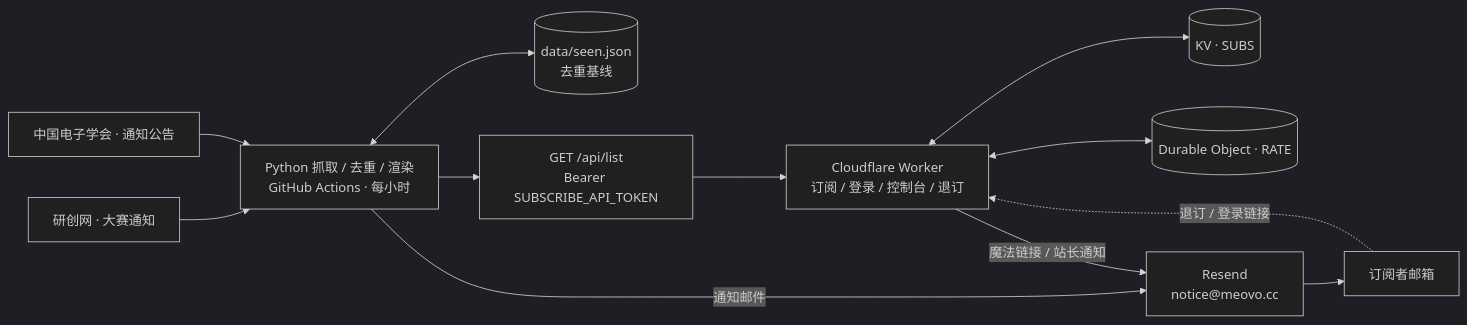
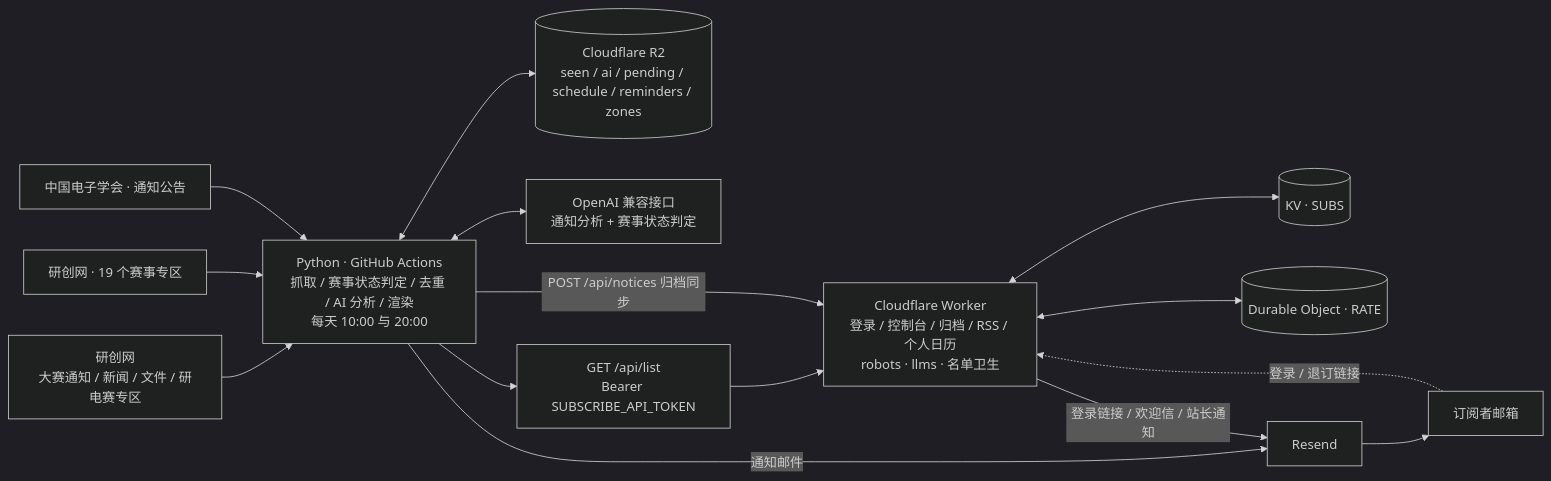
The diagram in README.md (ikaraseay/yds-notifier), drawn with Mermaid (dark theme) before and after one commit. The commit also changed other lines of this file and 37 other files, not shown here.

````diff
--- a/README.md
+++ b/README.md
@@ -134,24 +92,29 @@
 ```mermaid
 flowchart LR
-    S1["研创网 · 大赛通知"]
-    S2["中国电子学会 · 通知公告"]
-    P["Python 抓取 / 去重 / 渲染<br/>GitHub Actions · 每小时"]
-    DB[("data/seen.json<br/>去重基线")]
+    S1["研创网<br/>大赛通知 / 新闻 / 文件 / 研电赛专区"]
+    S2["研创网 · 19 个赛事专区"]
+    S3["中国电子学会 · 通知公告"]
+    P["Python · GitHub Actions<br/>抓取 / 赛事状态判定 / 去重 / AI 分析 / 渲染<br/>每天 10:00 与 20:00"]
+    R2[("Cloudflare R2<br/>seen / ai / pending / schedule / reminders / zones")]
+    AI["OpenAI 兼容接口<br/>通知分析 + 赛事状态判定"]
     API["GET /api/list<br/>Bearer SUBSCRIBE_API_TOKEN"]
-    W["Cloudflare Worker<br/>订阅 / 登录 / 控制台 / 退订"]
+    W["Cloudflare Worker<br/>登录 / 控制台 / 归档 / RSS / 个人日历<br/>robots · llms · 名单卫生"]
     KV[("KV · SUBS")]
     DO[("Durable Object · RATE")]
-    R["Resend<br/>notice@meovo.cc"]
+    M["Resend"]
     U["订阅者邮箱"]
 
     S1 --> P
     S2 --> P
-    P <--> DB
+    S3 --> P
+    P <--> R2
+    P <--> AI
     P --> API --> W
+    P -->|POST /api/notices 归档同步| W
     W <--> KV
     W <--> DO
-    P -->|通知邮件| R
-    W -->|魔法链接 / 站长通知| R
-    R --> U
-    U -.->|退订 / 登录链接| W
+    P -->|通知邮件| M
+    W -->|登录链接 / 欢迎信 / 站长通知| M
+    M --> U
+    U -.->|登录 / 退订链接| W
 ```
````
